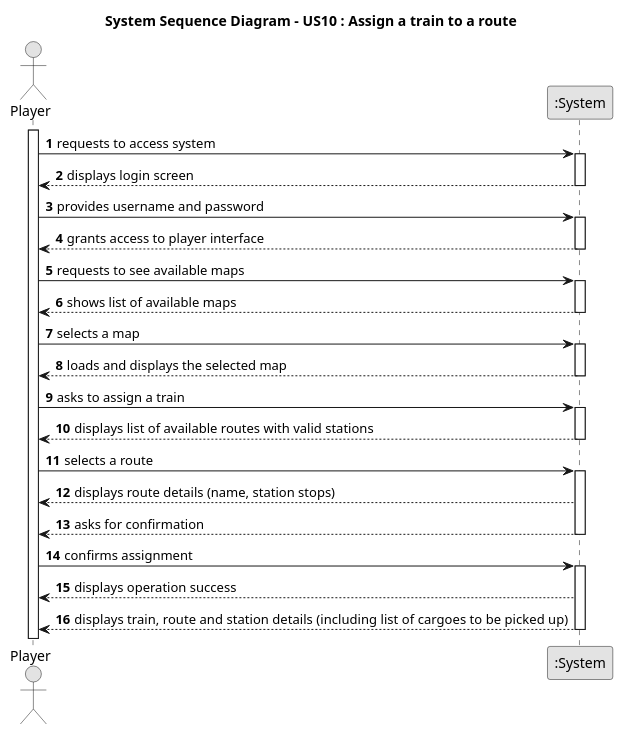
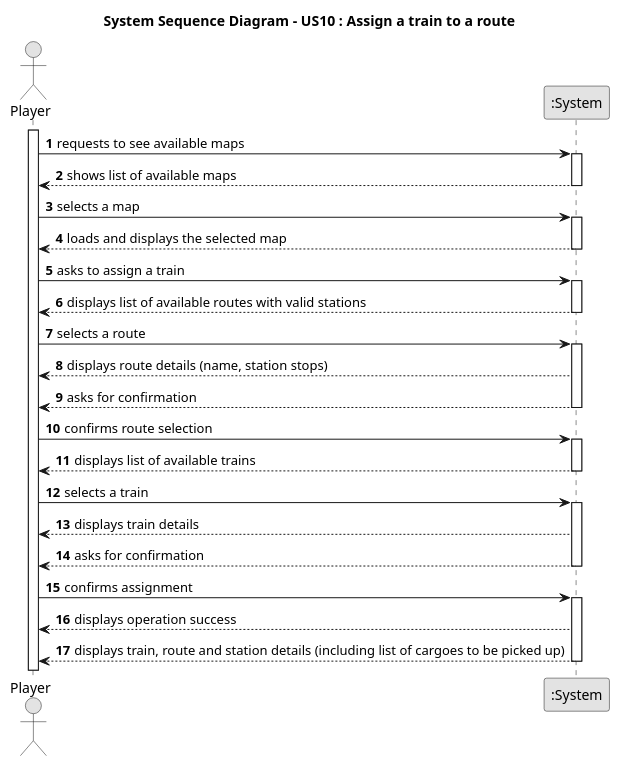
Before and after one commit to HenriqueSilva18/Railway-Network-Simulator: the diagram in docs/system-documentation/Sprint 2/US10/01.requirements-engineering/puml/US010-SSD.puml, drawn with PlantUML. The commit also changed 21 other files, not shown here.

```diff
--- a/docs/system-documentation/Sprint 2/US10/01.requirements-engineering/puml/US010-SSD.puml
+++ b/docs/system-documentation/Sprint 2/US10/01.requirements-engineering/puml/US010-SSD.puml
@@ -1,59 +1,67 @@
 @startuml
 skinparam monochrome true
 skinparam packageStyle rectangle
 skinparam shadowing false
 
 autonumber
 
 title "System Sequence Diagram - US10 : Assign a train to a route"
 
 actor "Player" as Player
 participant ":System" as System
 
 activate Player
 
-Player -> System: requests to access system
-activate System
-System --> Player: displays login screen
-deactivate System
-
-Player -> System: provides username and password
-activate System
-System --> Player: grants access to player interface
-deactivate System
+ Player -> System : requests to see available maps
+        activate System
 
 
+            System --> Player : shows list of available maps
+        deactivate System
 
-Player -> System: requests to see available maps
+    Player -> System : selects a map
+        activate System
 
-activate System
-System --> Player: shows list of available maps
-deactivate System
 
-Player -> System: selects a map
-
-activate System
-System --> Player: loads and displays the selected map
-deactivate System
-
+            System --> Player : loads and displays the selected map
+        deactivate System
 
     Player -> System : asks to assign a train
         activate System
+
+
             System --> Player : displays list of available routes with valid stations
         deactivate System
 
     Player -> System : selects a route
         activate System
+
+
             System --> Player : displays route details (name, station stops)
+            System --> Player : asks for confirmation
+        deactivate System
+
+    Player -> System : confirms route selection
+        activate System
+
+
+            System --> Player : displays list of available trains
+        deactivate System
+
+    Player -> System : selects a train
+        activate System
+
+
+            System --> Player : displays train details
             System --> Player : asks for confirmation
         deactivate System
 
     Player -> System : confirms assignment
         activate System
+
+
             System --> Player : displays operation success
-            System --> Player : displays train, route and station details (including  list of cargoes to be picked up)
+            System --> Player : displays train, route and station details (including list of cargoes to be picked up)
         deactivate System
 
-
-
 @enduml
```
